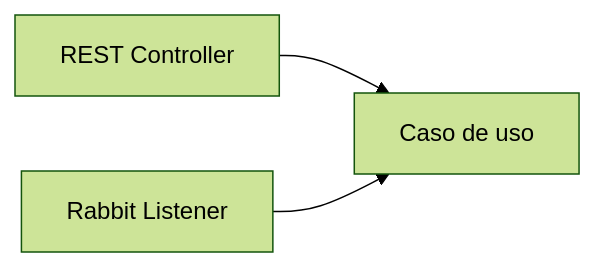
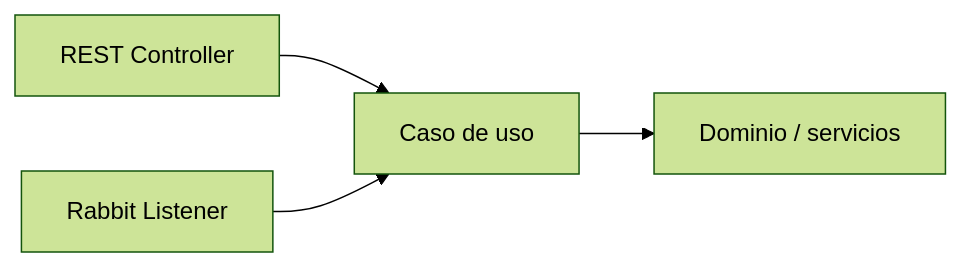
One commit to cmartinezs/DSY1107-DESARROLLO-CLOUD-NATIVE-I-2026-2 changed the diagram in semanas/semana-08/01-asincronia-y-colas.md. Above: the diagram before and after it, drawn with Mermaid (forest theme). The commit also changed other lines of this file, not shown here.

````diff
--- a/semanas/semana-08/01-asincronia-y-colas.md
+++ b/semanas/semana-08/01-asincronia-y-colas.md
@@ -45,5 +154,6 @@
 ```mermaid
 flowchart LR
     R["REST Controller"] --> U["Caso de uso"]
     L["Rabbit Listener"] --> U
+    U --> D["Dominio / servicios"]
 ```
````
